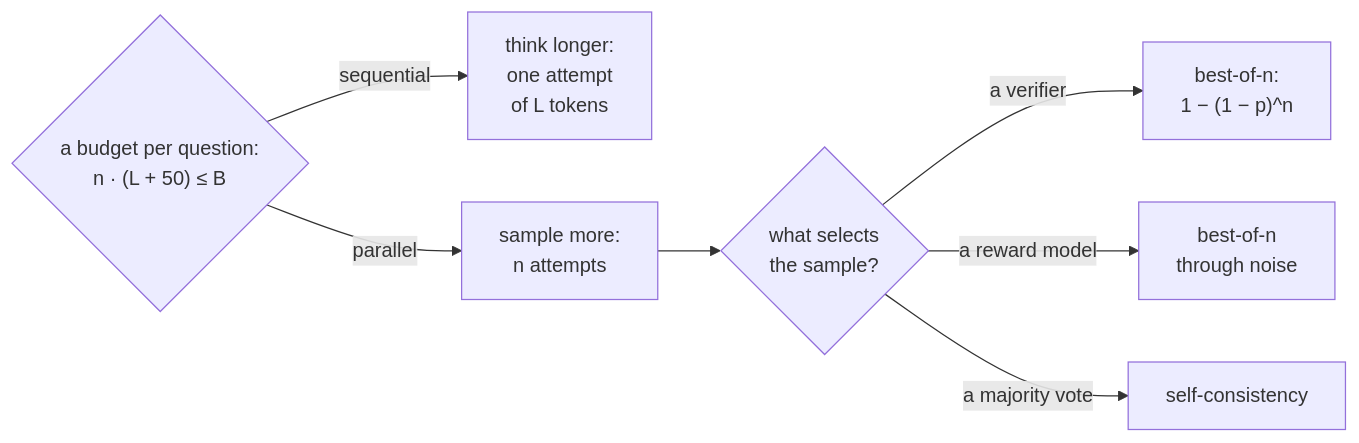
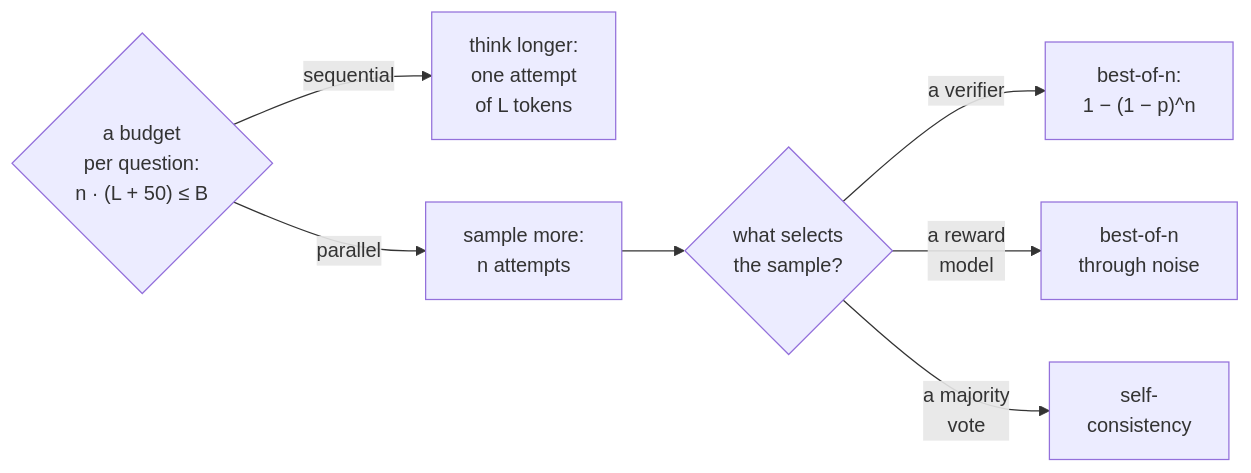
The third of 4 diagrams in 00-foundations/rl-and-thinking-models/PRIMER.md (aniryou/full-stack-agentic-engineer), drawn with Mermaid before and after one commit. The commit also changed other lines of this file and 29 other files, not shown here.

First line of the commit message:
WIP snapshot: the figure round (charts, improvements, additions) in progress (2026-10-30T18:32:37Z); not validated [skip ci]

````diff
--- a/00-foundations/rl-and-thinking-models/PRIMER.md
+++ b/00-foundations/rl-and-thinking-models/PRIMER.md
@@ -663,10 +663,10 @@
 ```mermaid
 flowchart LR
-  B{"a budget per question:<br/>n · (L + 50) ≤ B"}
+  B{"a budget<br/>per question:<br/>n · (L + 50) ≤ B"}
   B -->|"sequential"| L["think longer:<br/>one attempt<br/>of L tokens"]
   B -->|"parallel"| N["sample more:<br/>n attempts"]
   N --> PK{"what selects<br/>the sample?"}
   PK -->|"a verifier"| V["best-of-n:<br/>1 − (1 − p)^n"]
-  PK -->|"a reward model"| RM["best-of-n<br/>through noise"]
-  PK -->|"a majority vote"| MV["self-consistency"]
+  PK -->|"a reward<br/>model"| RM["best-of-n<br/>through noise"]
+  PK -->|"a majority<br/>vote"| MV["self-<br/>consistency"]
 ```
````
